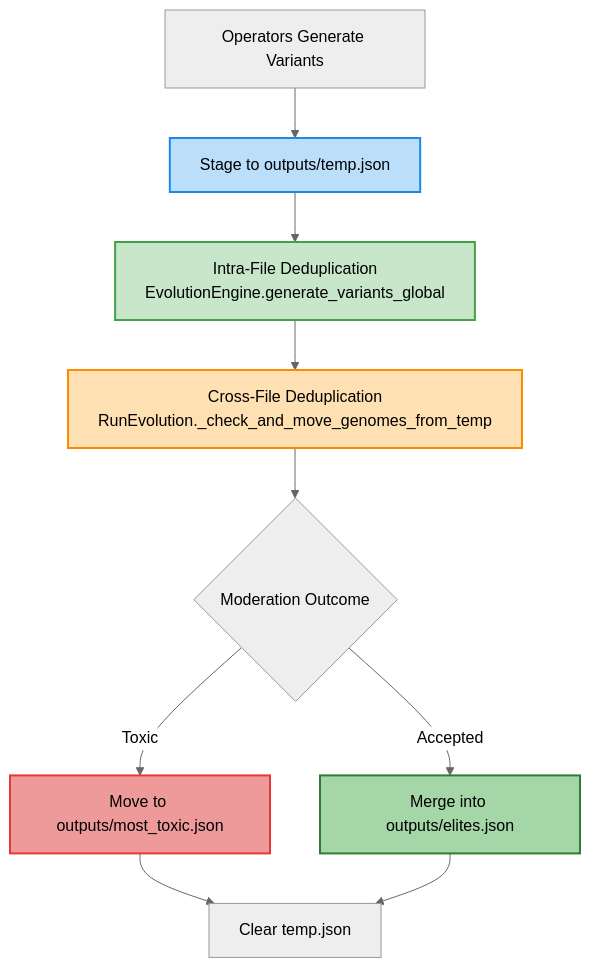
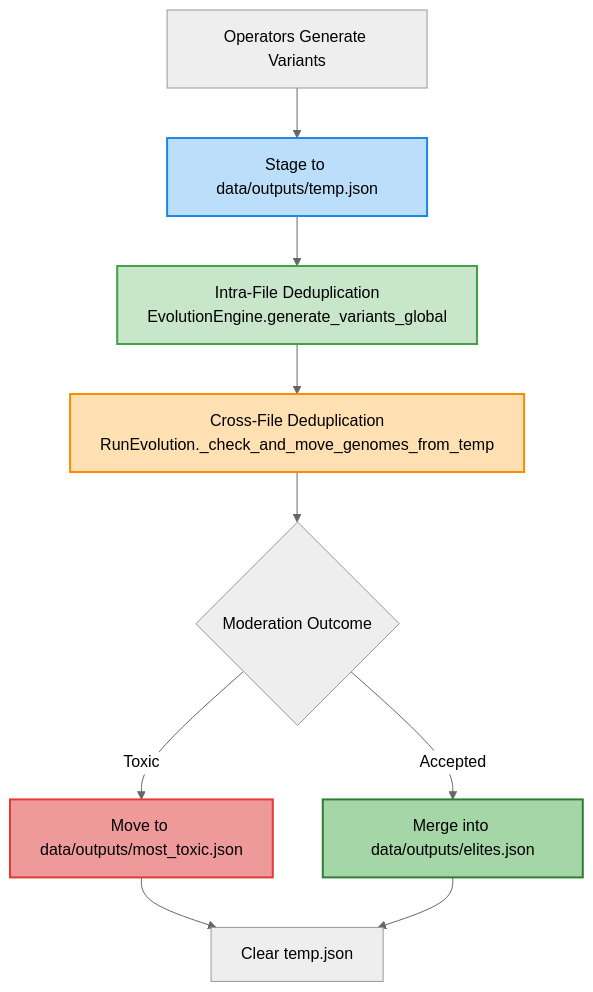
The tenth of 10 diagrams in ARCHITECTURE.md (Onkar2102/ToxSearch), drawn with Mermaid (neutral theme) before and after one commit. The commit also changed other lines of this file and 47 other files, not shown here.

````diff
--- a/ARCHITECTURE.md
+++ b/ARCHITECTURE.md
@@ -456,17 +459,17 @@
 ```mermaid
 flowchart TD
-  A[Operators Generate Variants] --> B[Stage to outputs/temp.json]
+  A[Operators Generate Variants] --> B[Stage to data/outputs/temp.json]
   B --> C[Intra-File Deduplication<br/>EvolutionEngine.generate_variants_global]
   C --> D[Cross-File Deduplication<br/>RunEvolution._check_and_move_genomes_from_temp]
   D --> E{Moderation Outcome}
-  E -->|Toxic| F[Move to outputs/most_toxic.json]
-  E -->|Accepted| G[Merge into outputs/elites.json]
+  E -->|Toxic| F[Move to data/outputs/most_toxic.json]
+  E -->|Accepted| G[Merge into data/outputs/elites.json]
   F --> H[Clear temp.json]
   G --> H
 
   style B fill:#bbdefb,stroke:#1e88e5,stroke-width:2px,color:#000
   style C fill:#c8e6c9,stroke:#43a047,stroke-width:2px,color:#000
   style D fill:#ffe0b2,stroke:#fb8c00,stroke-width:2px,color:#000
   style F fill:#ef9a9a,stroke:#e53935,stroke-width:2px,color:#000
   style G fill:#a5d6a7,stroke:#2e7d32,stroke-width:2px,color:#000
 ```
````
